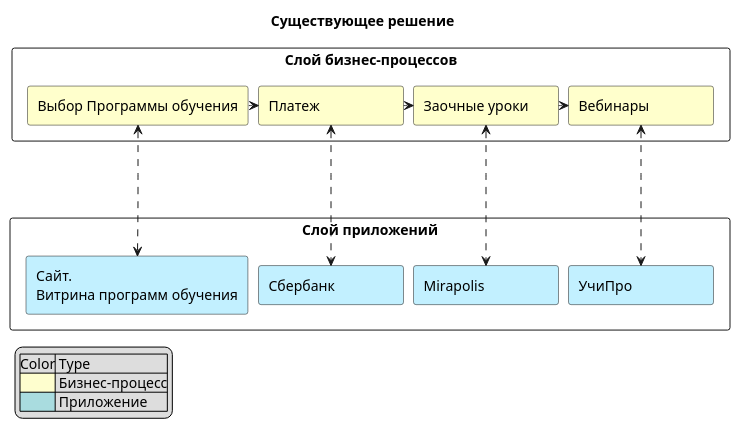
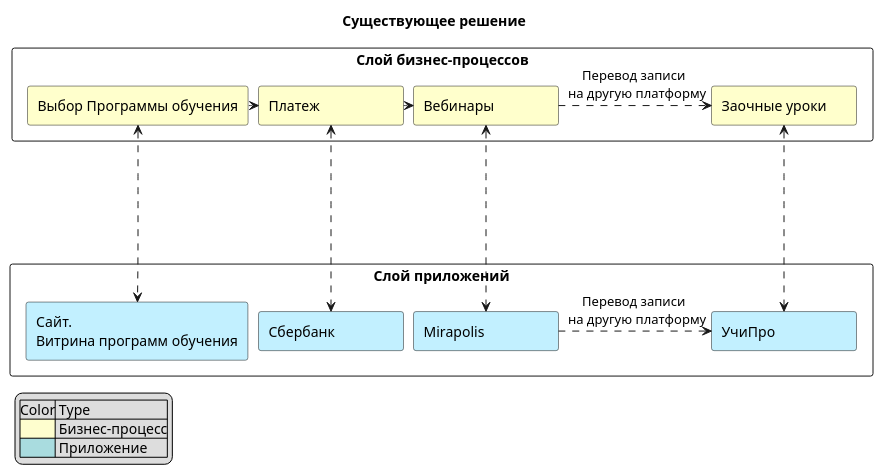
One commit to PortnovAlex80/node_js_pro changed the diagram in api-warehouse/diagrams/medicomponentdia.iuml. Above: the diagram before and after it, drawn with PlantUML.

```diff
--- a/api-warehouse/diagrams/medicomponentdia.iuml
+++ b/api-warehouse/diagrams/medicomponentdia.iuml
@@ -1,37 +1,38 @@
 @startuml
 skinparam minClassWidth 125
 skinparam nodesep 10
 skinparam ranksep 10
 
 title "Cуществующее решение"
 
 rectangle "Слой приложений" {
 rectangle Mirapolis as MP   #Application 
 rectangle УчиПро as UPR #Application 
 rectangle Сбербанк as SBRPAY #Application
 rectangle "Сайт. \nВитрина программ обучения" as SITE  #Application
 }
 
 rectangle "Слой бизнес-процессов" {
 rectangle "Заочные уроки" as OFFLINE #Business 
 rectangle "Вебинары" as WEBINAR #Business 
 rectangle "Платеж" as PAY #Business 
 rectangle "Выбор Программы обучения" as EDUPROG #Business
 }
 
 EDUPROG ...-Right....>  PAY 
-PAY ....-Right...>  OFFLINE 
-OFFLINE ....-Right...>  WEBINAR
+PAY ....-Right...>  WEBINAR
+WEBINAR ....-Right...>  OFFLINE : Перевод записи \n на другую платформу
+MP ....-Right...>  UPR: Перевод записи \n на другую платформу
 
 EDUPROG <.......> SITE  
 PAY <.......> SBRPAY
-OFFLINE <.......> MP
-WEBINAR <.......> UPR
+OFFLINE <.......> UPR 
+WEBINAR <.......> MP
 
 
 legend left
     |Color| Type |
     |<#FEFECE>| Бизнес-процесс|
     |<#A9DCDF>| Приложение|
 endlegend
 @enduml
```
